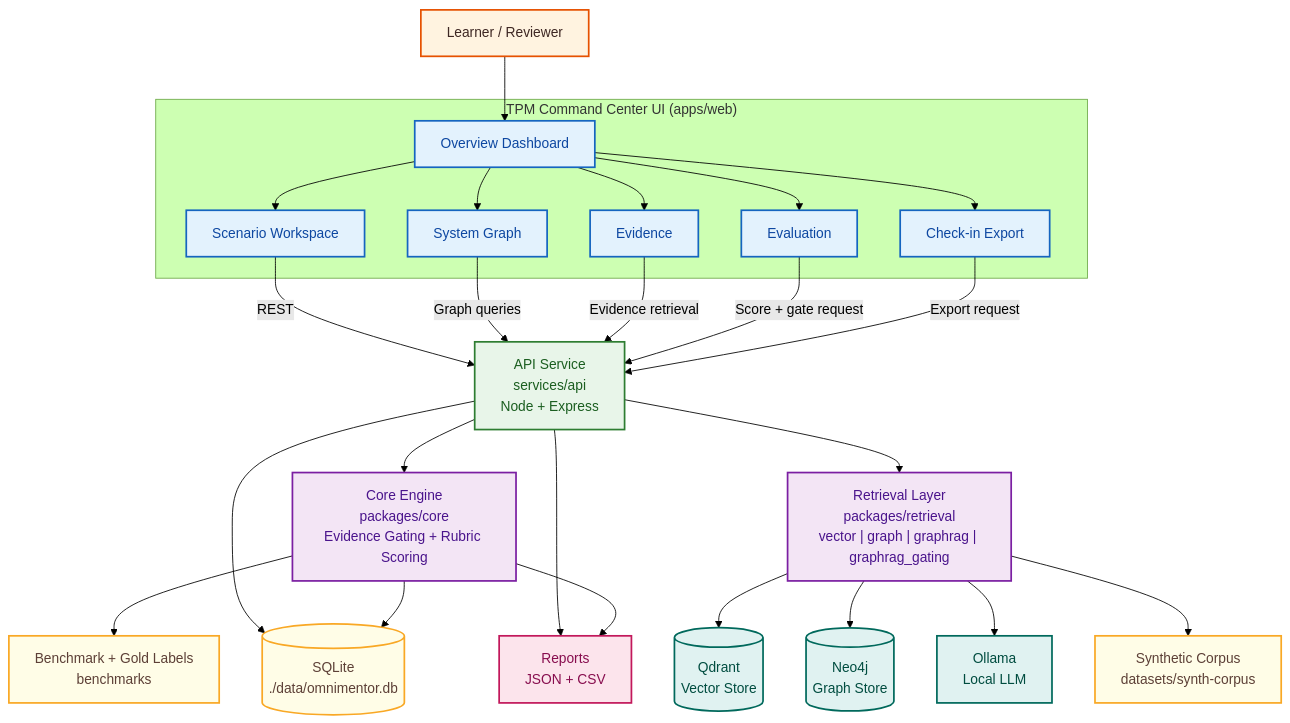
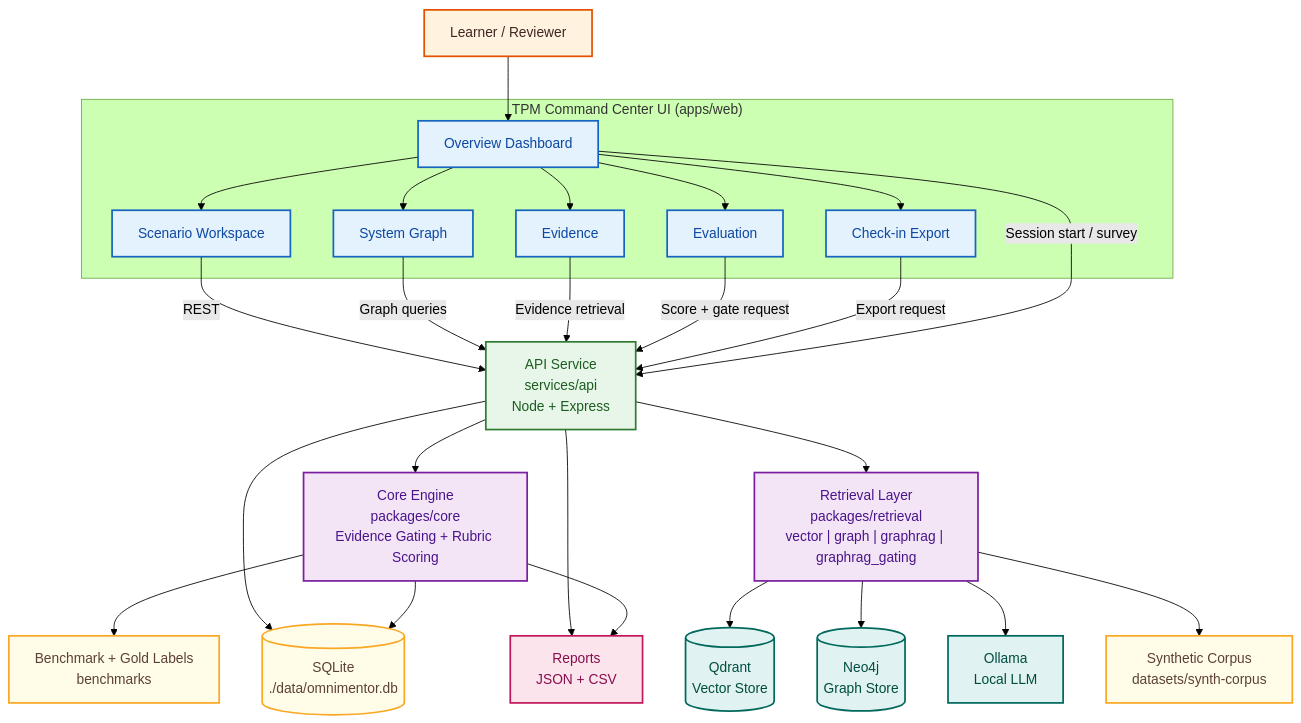
The first of 3 diagrams in docs/architecture.md (asharma3084/OmniMentor-Learning-Platform), drawn with Mermaid (forest theme) before and after one commit. The commit also changed other lines of this file and 22 other files, not shown here.

````diff
--- a/docs/architecture.md
+++ b/docs/architecture.md
@@ -36,75 +36,76 @@
 ```mermaid
 flowchart TB
   %% ---------- User + UI ----------
   U["Learner / Reviewer"]
   subgraph UI["TPM Command Center UI (apps/web)"]
     DASH["Overview Dashboard"]
     WS["Scenario Workspace"]
     SG["System Graph"]
     EV["Evidence"]
     EVAL["Evaluation"]
     EXP["Check-in Export"]
   end
 
   %% ---------- Services ----------
   A["API Service\nservices/api\nNode + Express"]
   C["Core Engine\npackages/core\nEvidence Gating + Rubric Scoring"]
   R["Retrieval Layer\npackages/retrieval\nvector | graph | graphrag | graphrag_gating"]
 
   %% ---------- Infrastructure ----------
   LLM["Ollama\nLocal LLM"]
   NEO[("Neo4j\nGraph Store")]
   QD[("Qdrant\nVector Store")]
 
   %% ---------- Data ----------
   DB[("SQLite\n./data/omnimentor.db")]
   DS["Synthetic Corpus\ndatasets/synth-corpus"]
   BM["Benchmark + Gold Labels\nbenchmarks"]
 
   %% ---------- Outputs ----------
   REP["Reports\nJSON + CSV"]
 
   U --> DASH
   DASH --> WS
   DASH --> SG
   DASH --> EV
   DASH --> EVAL
   DASH --> EXP
 
   WS -->|REST| A
   SG -->|Graph queries| A
   EV -->|Evidence retrieval| A
   EVAL -->|Score + gate request| A
   EXP -->|Export request| A
+  DASH -->|Session start / survey| A
 
   A --> C
   A --> R
   A --> DB
 
   R --> QD
   R --> NEO
   R --> LLM
   R --> DS
   C --> BM
   C --> DB
 
   A --> REP
   C --> REP
 
   %% ---------- Class styling ----------
   classDef client fill:#FFF3E0,stroke:#E65100,color:#3E2723,stroke-width:2px;
   classDef ui fill:#E3F2FD,stroke:#1565C0,color:#0D47A1,stroke-width:2px;
   classDef api fill:#E8F5E9,stroke:#2E7D32,color:#1B5E20,stroke-width:2px;
   classDef core fill:#F3E5F5,stroke:#7B1FA2,color:#4A148C,stroke-width:2px;
   classDef data fill:#FFFDE7,stroke:#F9A825,color:#5D4037,stroke-width:2px;
   classDef output fill:#FCE4EC,stroke:#C2185B,color:#880E4F,stroke-width:2px;
   classDef infra fill:#E0F2F1,stroke:#00695C,color:#004D40,stroke-width:2px;
 
   class U client;
   class DASH,WS,SG,EV,EVAL,EXP ui;
   class A api;
   class C,R core;
   class DB,DS,BM data;
   class QD,NEO,LLM infra;
   class REP output;
 ```
````
